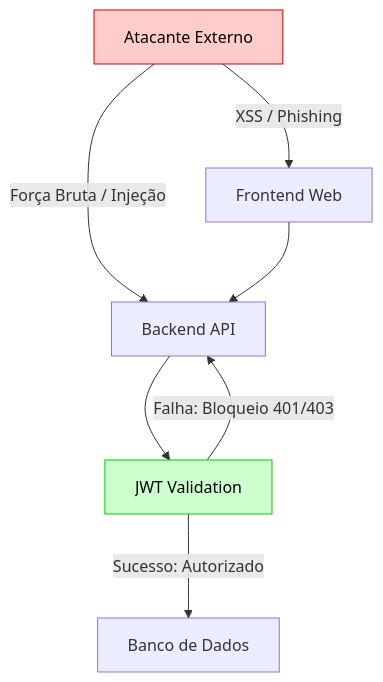
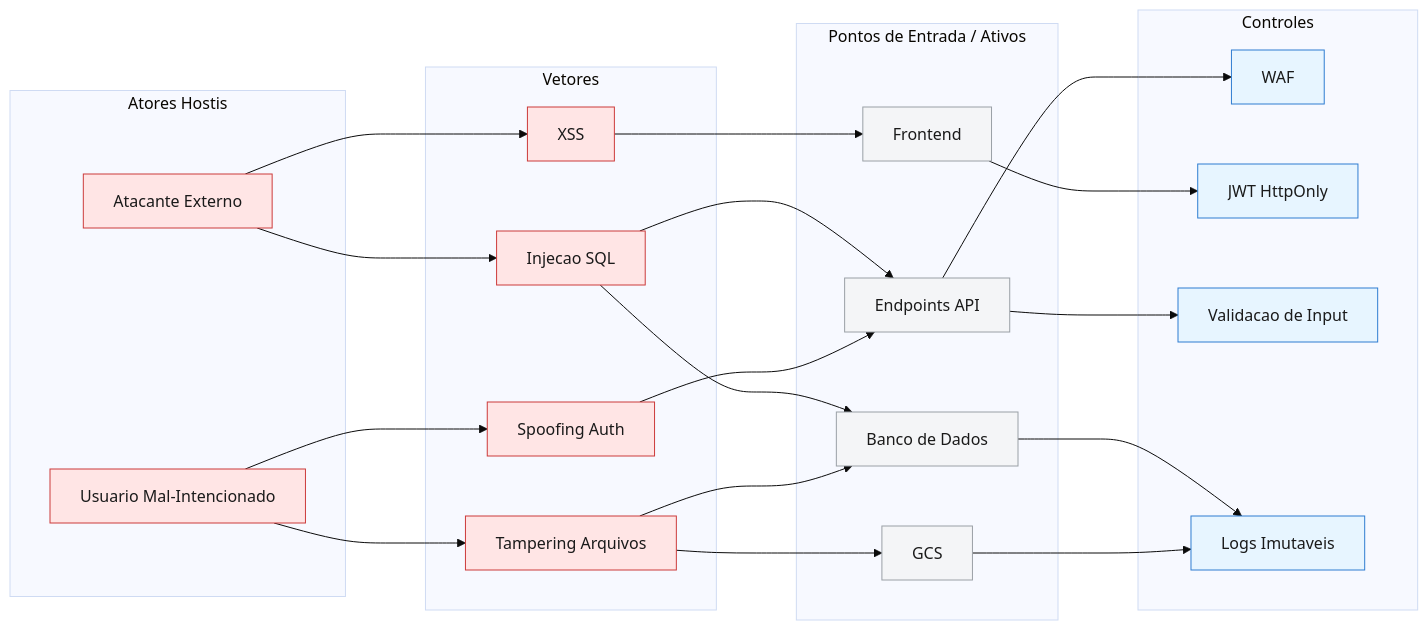
Before and after one commit to pedrohpsantos/EdTech: the second of 2 diagrams in docs/arquitetura/seguranca_app.md, drawn with Mermaid. The commit also changed other lines of this file and 8 other files, not shown here.

Commit message:
refactor: update development flow to include intermediate develop branch before main

````diff
--- a/docs/arquitetura/seguranca_app.md
+++ b/docs/arquitetura/seguranca_app.md
@@ -48,19 +48,54 @@
 ```mermaid
-flowchart TD
-    %%{init: {"flowchart": {"nodeSpacing": 60, "rankSpacing": 80}}}%%
-    Atacante["Atacante Externo"]
-    FE["Frontend Web"]
-    API["Backend API"]
-    Token["JWT Validation"]
-    DB["Banco de Dados"]
+%%{init: {"theme": "base", "flowchart": {"nodeSpacing": 60, "rankSpacing": 80, "curve": "basis"}}}%%
+flowchart LR
+    subgraph Atores["Atores Hostis"]
+        AE["Atacante Externo"]
+        UM["Usuario Mal-Intencionado"]
+    end
 
-    Atacante -->|XSS / Phishing| FE
-    Atacante -->|Força Bruta / Injeção| API
-    FE --> API
-    API --> Token
-    Token -->|Falha: Bloqueio 401/403| API
-    Token -->|Sucesso: Autorizado| DB
-    
-    style Atacante fill:#ffcccc,stroke:#cc0000,color:#000
-    style Token fill:#ccffcc,stroke:#00cc00,color:#000
+    subgraph Vetores["Vetores"]
+        SQL["Injecao SQL"]
+        XSS["XSS"]
+        SP["Spoofing Auth"]
+        TAM["Tampering Arquivos"]
+    end
+
+    subgraph Ativos["Pontos de Entrada / Ativos"]
+        FE["Frontend"]
+        API["Endpoints API"]
+        DB["Banco de Dados"]
+        GCS["GCS"]
+    end
+
+    subgraph Controles["Controles"]
+        WAF["WAF"]
+        JWT["JWT HttpOnly"]
+        VAL["Validacao de Input"]
+        LOG["Logs Imutaveis"]
+    end
+
+    AE --> SQL
+    AE --> XSS
+    UM --> SP
+    UM --> TAM
+
+    SQL --> API
+    SQL --> DB
+    XSS --> FE
+    SP --> API
+    TAM --> DB
+    TAM --> GCS
+
+    FE --> JWT
+    API --> WAF
+    API --> VAL
+    DB --> LOG
+    GCS --> LOG
+
+    classDef threat fill:#ffe5e5,stroke:#cc3b3b,color:#1a1a1a;
+    classDef asset fill:#f4f5f7,stroke:#9aa0a6,color:#1a1a1a;
+    classDef control fill:#e7f5ff,stroke:#2f7dd1,color:#1a1a1a;
+    class AE,UM,SQL,XSS,SP,TAM threat;
+    class FE,API,DB,GCS asset;
+    class WAF,JWT,VAL,LOG control;
 ```
````
